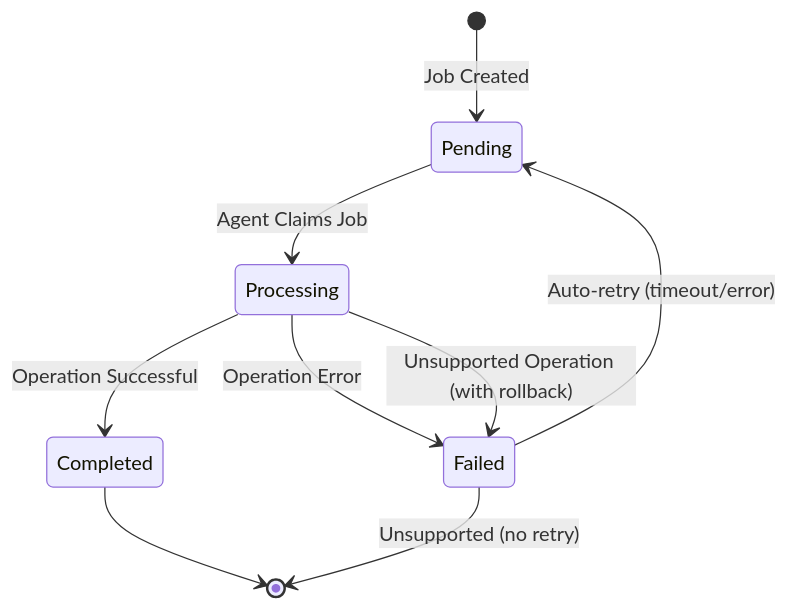
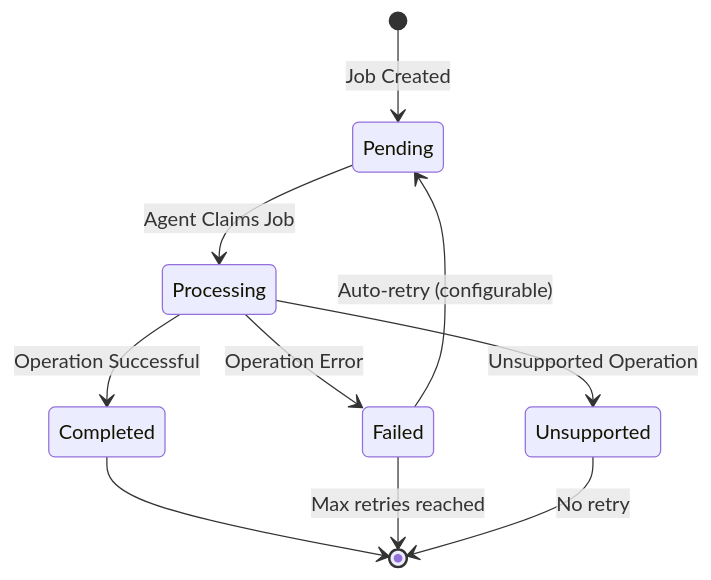
The sixth of 9 diagrams in docs/DESIGN.md (fulcrumproject/core), drawn with Mermaid before and after one commit. The commit also changed other lines of this file and 15 other files, not shown here.

````diff
--- a/docs/DESIGN.md
+++ b/docs/DESIGN.md
@@ -537,11 +533,12 @@
 ```mermaid
 stateDiagram-v2
     [*] --> Pending: Job Created
     Pending --> Processing: Agent Claims Job
     Processing --> Completed: Operation Successful
     Processing --> Failed: Operation Error
-    Processing --> Failed: Unsupported Operation (with rollback)
+    Processing --> Unsupported: Unsupported Operation
     Completed --> [*]
-    Failed --> Pending: Auto-retry (timeout/error)
-    Failed --> [*]: Unsupported (no retry)
+    Failed --> Pending: Auto-retry (configurable)
+    Failed --> [*]: Max retries reached
+    Unsupported --> [*]: No retry
 ```
````
